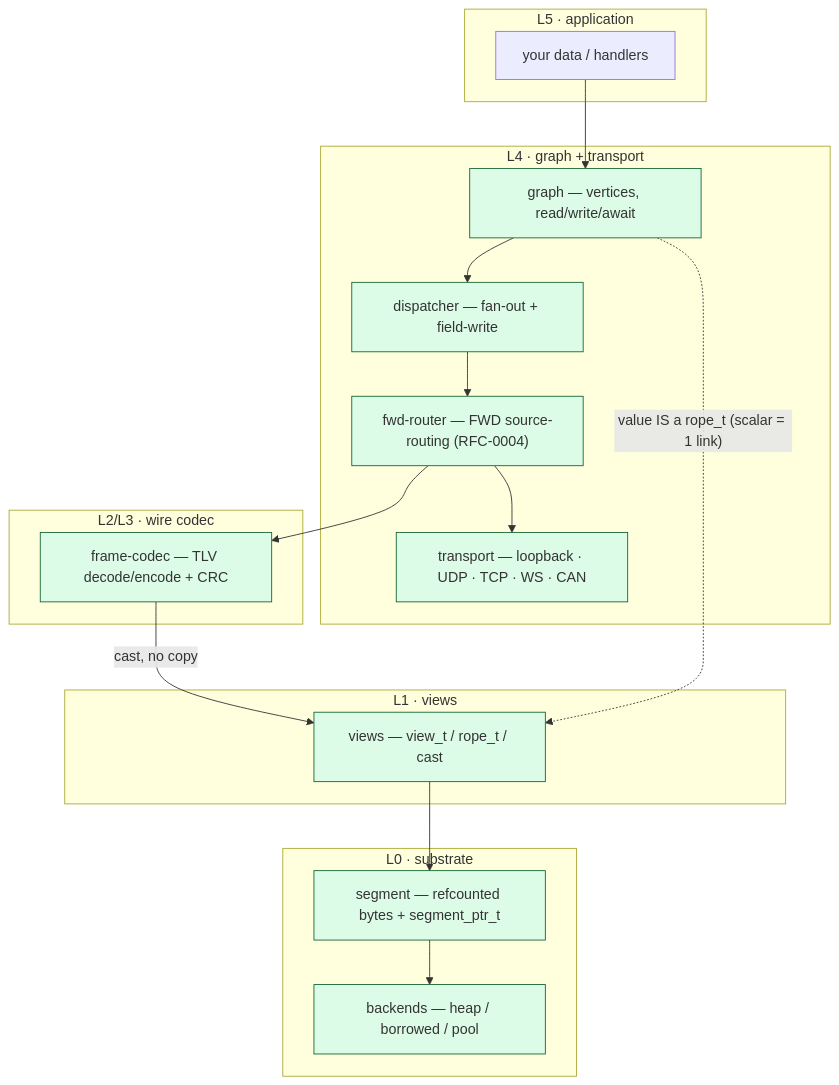
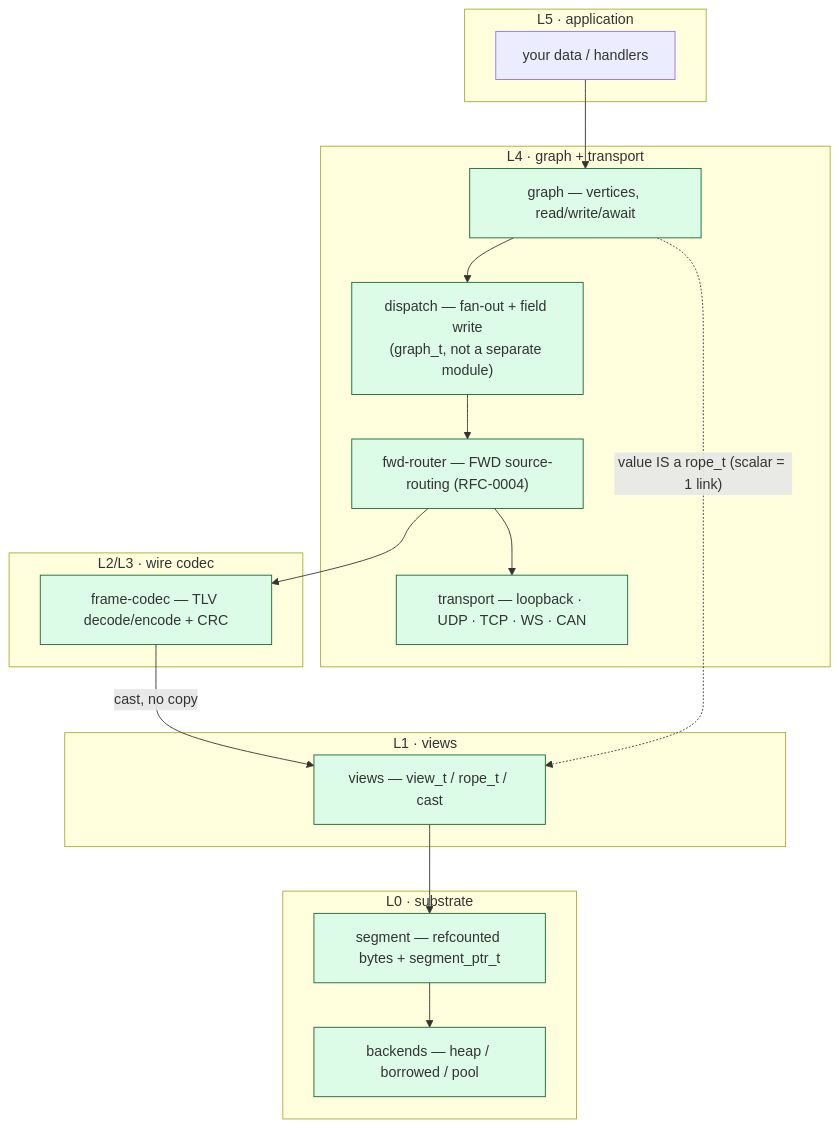
Before and after one commit to avatarsd-llc/libtracer: the diagram in docs/modules/index.md, drawn with Mermaid. The commit also changed other lines of this file and 45 other files, not shown here.

````diff
--- a/docs/modules/index.md
+++ b/docs/modules/index.md
@@ -12,32 +12,32 @@
 ```{mermaid}
 flowchart TB
     subgraph L5["L5 · application"]
         APP[your data / handlers]
     end
     subgraph L4["L4 · graph + transport"]
         GRAPH["graph — vertices, read/write/await"]
-        DISP["dispatcher — fan-out + field-write"]
+        DISP["dispatch — fan-out + field write<br/>(graph_t, not a separate module)"]
         FWD["fwd-router — FWD source-routing (RFC-0004)"]
         TRANSPORT["transport — loopback · UDP · TCP · WS · CAN"]
     end
     subgraph L23["L2/L3 · wire codec"]
         FRAME["frame-codec — TLV decode/encode + CRC"]
     end
     subgraph L1["L1 · views"]
         VIEWS["views — view_t / rope_t / cast"]
     end
     subgraph L0["L0 · substrate"]
         SEG["segment — refcounted bytes + segment_ptr_t"]
         BACK["backends — heap / borrowed / pool"]
     end
 
     APP --> GRAPH
     GRAPH --> DISP --> FWD
     FWD --> FRAME
     FWD --> TRANSPORT
     GRAPH -. "value IS a rope_t (scalar = 1 link)" .-> VIEWS
     FRAME -- "cast, no copy" --> VIEWS
     VIEWS --> SEG --> BACK
-    classDef done fill:#dcfce7,stroke:#166534;
-    class FRAME,VIEWS,SEG,BACK,GRAPH,DISP,FWD,TRANSPORT done;
+    classDef impl fill:#dcfce7,stroke:#166534;
+    class FRAME,VIEWS,SEG,BACK,GRAPH,DISP,FWD,TRANSPORT impl;
 ```
````
